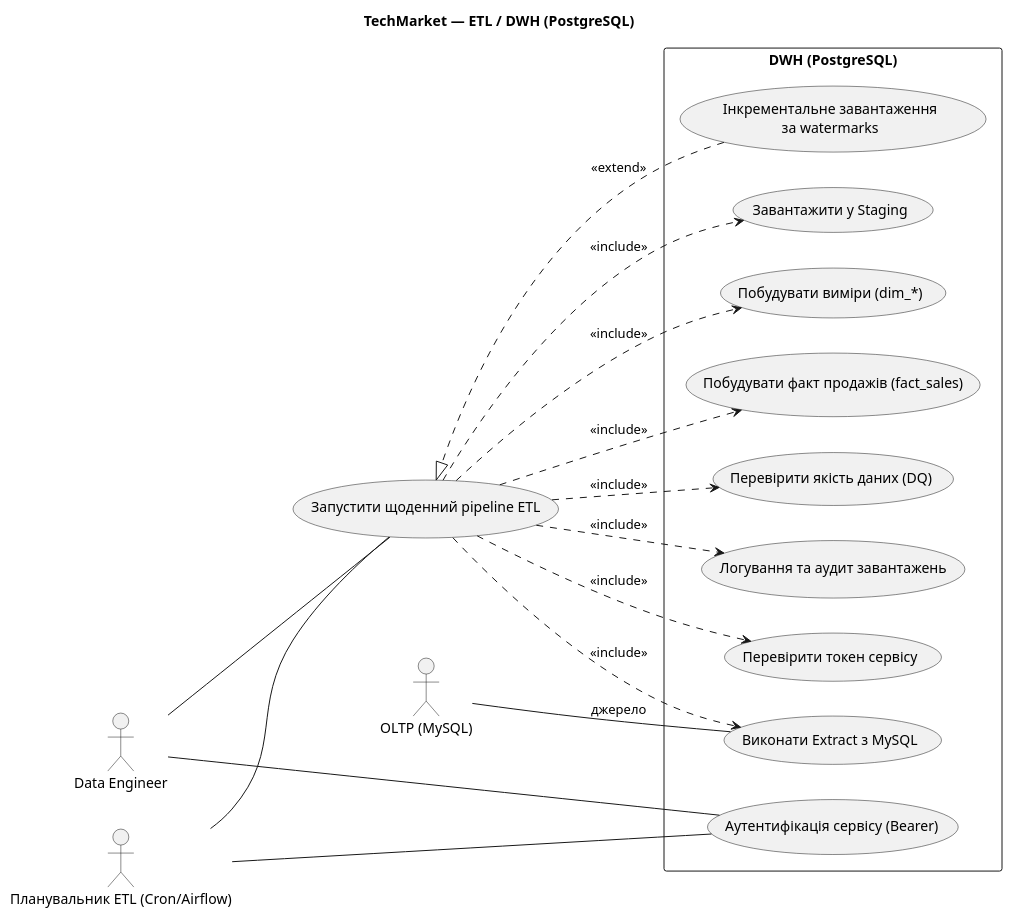
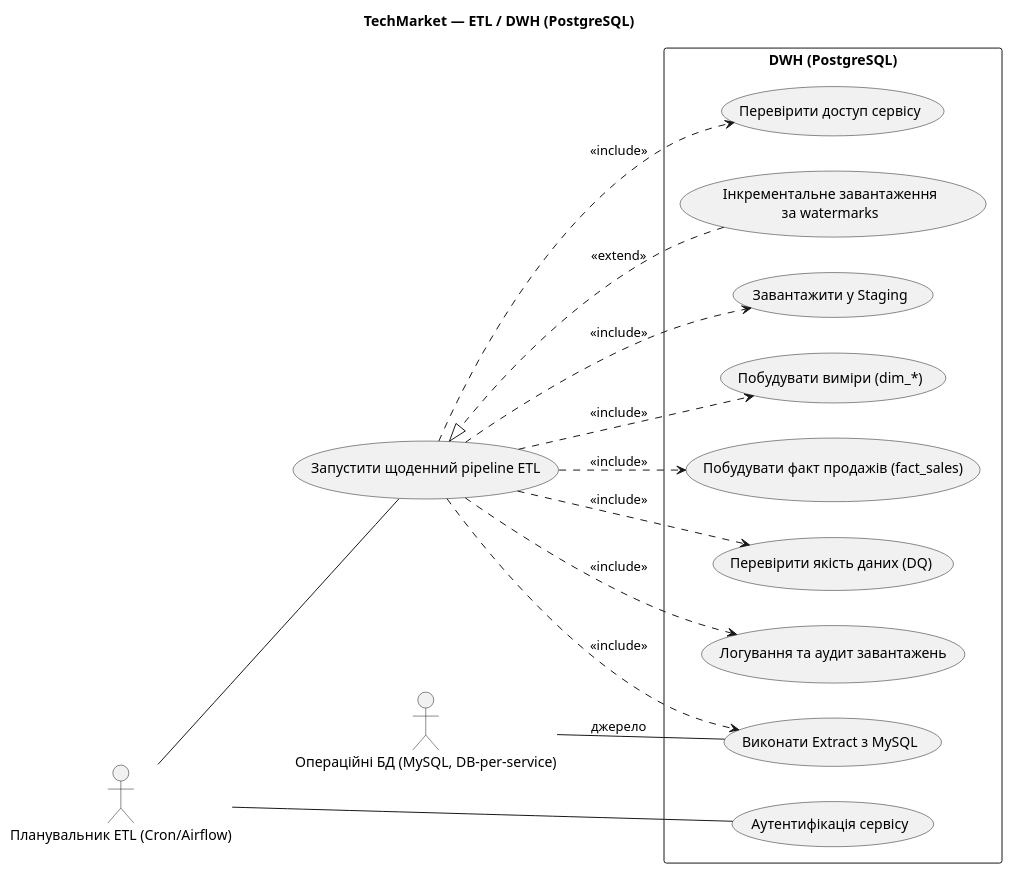
One commit to kshchuk/uni changed the diagram in 9-sem/Info/docs/usecase/usecase_etl_dwh.puml. Above: the diagram before and after it, drawn with PlantUML. The commit also changed 46 other files, not shown here.

Commit message:
removed Data Engineer

```diff
--- a/9-sem/Info/docs/usecase/usecase_etl_dwh.puml
+++ b/9-sem/Info/docs/usecase/usecase_etl_dwh.puml
@@ -1,39 +1,36 @@
 @startuml TechMarket_ETL_DWH
 title TechMarket — ETL / DWH (PostgreSQL)
 left to right direction
 
-actor "Data Engineer" as DE
 actor "Планувальник ETL (Cron/Airflow)" as Sched
-actor "OLTP (MySQL)" as OLTP
+actor "Операційні БД (MySQL, DB‑per‑service)" as OLTP
 
 rectangle "DWH (PostgreSQL)" as DWH {
   usecase "Виконати Extract з MySQL" as E1
   usecase "Завантажити у Staging" as E2
   usecase "Побудувати виміри (dim_*)" as E3
   usecase "Побудувати факт продажів (fact_sales)" as E4
   usecase "Інкрементальне завантаження\nза watermarks" as E5
   usecase "Перевірити якість даних (DQ)" as E6
   usecase "Логування та аудит завантажень" as E7
   
-  ' Service auth use cases (Bearer)
-  usecase "Аутентифікація сервісу (Bearer)" as SA1
-  usecase "Перевірити токен сервісу" as SA2
+  ' Service auth use cases (узагальнено)
+  usecase "Аутентифікація сервісу" as SA1
+  usecase "Перевірити доступ сервісу" as SA2
 }
 
 usecase "Запустити щоденний pipeline ETL" as PIPE
 PIPE ..> E1 : <<include>>
 PIPE ..> E2 : <<include>>
 PIPE ..> E3 : <<include>>
 PIPE ..> E4 : <<include>>
 PIPE ..> E6 : <<include>>
 PIPE ..> E7 : <<include>>
 PIPE ..> SA2 : <<include>>
 E5 ..|> PIPE : <<extend>>
 
-DE -- PIPE
 Sched -- PIPE
-DE -- SA1
 Sched -- SA1
 OLTP -- E1 : джерело
 
 @enduml
```
